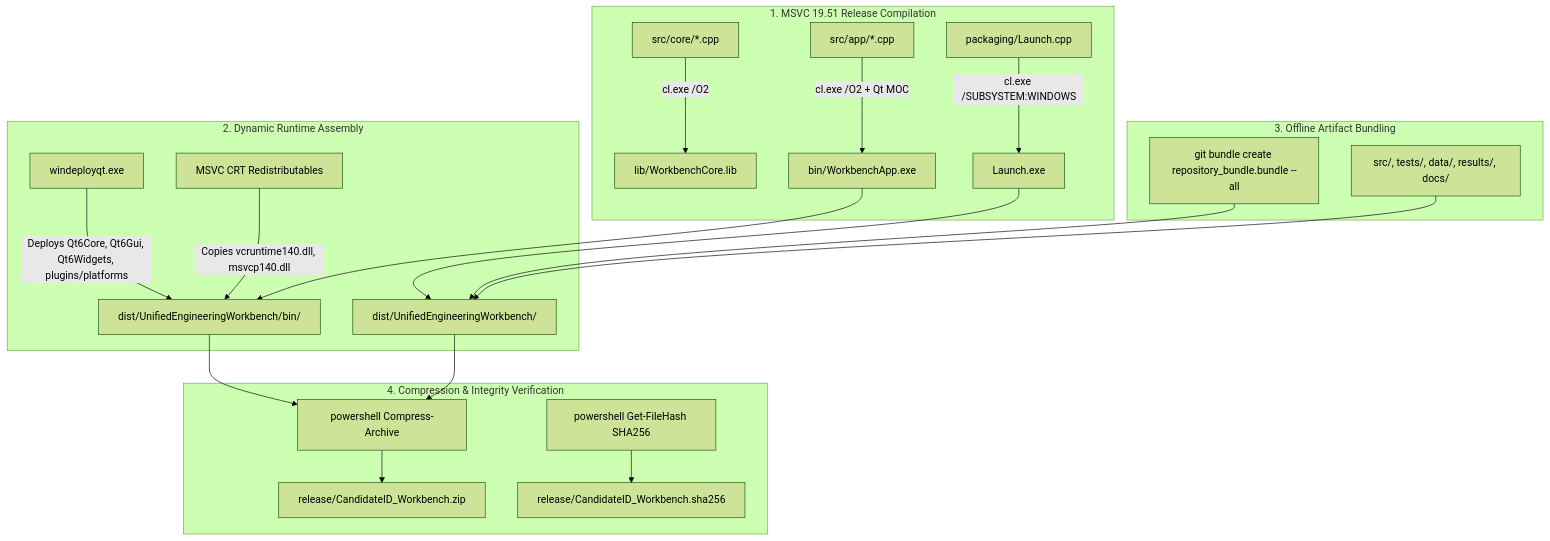
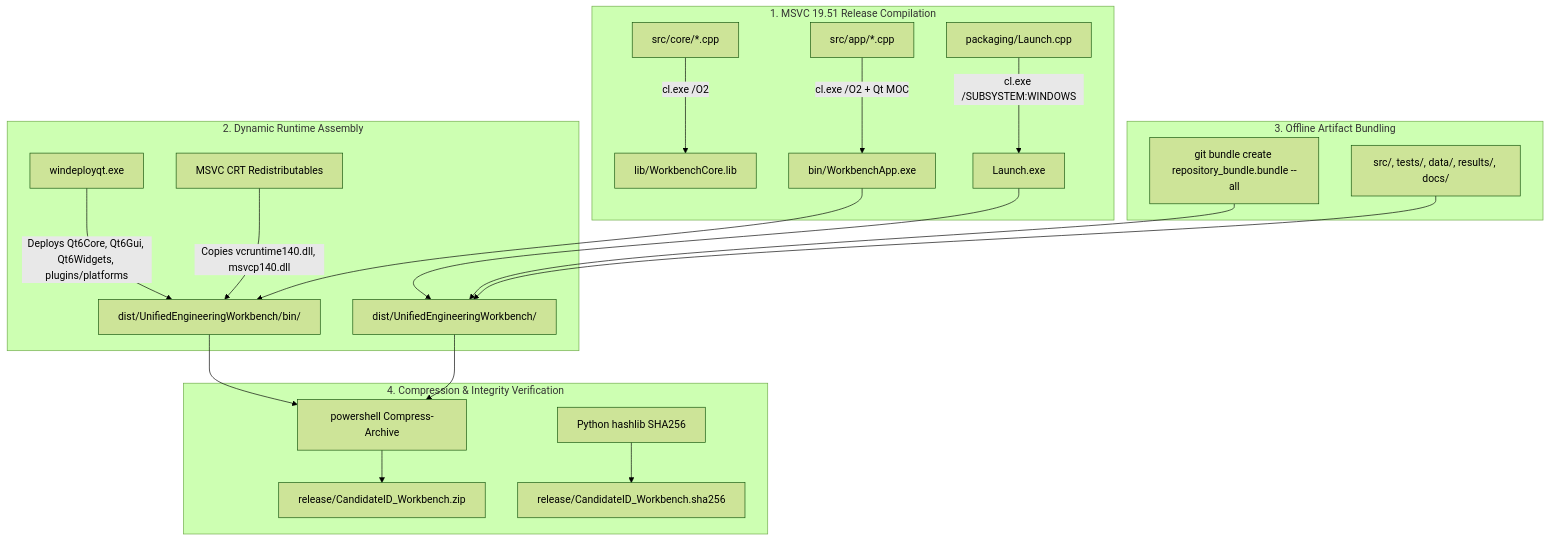
The diagram in docs/RELEASE_AND_LIMITATIONS.md (kulharshit21/unified-engineering-workbench), drawn with Mermaid (forest theme) before and after one commit.

Commit message:
docs(release): reflect Python-backed checksum generation

````diff
--- a/docs/RELEASE_AND_LIMITATIONS.md
+++ b/docs/RELEASE_AND_LIMITATIONS.md
@@ -7,28 +7,28 @@
 ```mermaid
 graph TD
     subgraph Compilation ["1. MSVC 19.51 Release Compilation"]
         CORE_SRC["src/core/*.cpp"] -->|cl.exe /O2| CORE_LIB["lib/WorkbenchCore.lib"]
         APP_SRC["src/app/*.cpp"] -->|cl.exe /O2 + Qt MOC| APP_EXE["bin/WorkbenchApp.exe"]
         LAUNCH_SRC["packaging/Launch.cpp"] -->|cl.exe /SUBSYSTEM:WINDOWS| LAUNCH_EXE["Launch.exe"]
     end
 
     subgraph DependencyDeployment ["2. Dynamic Runtime Assembly"]
         WINDEP["windeployqt.exe"] -->|Deploys Qt6Core, Qt6Gui, Qt6Widgets, plugins/platforms| BIN_DIR["dist/UnifiedEngineeringWorkbench/bin/"]
         CRT["MSVC CRT Redistributables"] -->|Copies vcruntime140.dll, msvcp140.dll| BIN_DIR
         APP_EXE --> BIN_DIR
         LAUNCH_EXE --> DIST_ROOT["dist/UnifiedEngineeringWorkbench/"]
     end
 
     subgraph BundleAssembly ["3. Offline Artifact Bundling"]
         GIT["git bundle create repository_bundle.bundle --all"] --> DIST_ROOT
         SRC_TREE["src/, tests/, data/, results/, docs/"] --> DIST_ROOT
     end
 
     subgraph Packaging ["4. Compression & Integrity Verification"]
         ZIP["powershell Compress-Archive"] --> REL_ZIP["release/CandidateID_Workbench.zip"]
-        HASH["powershell Get-FileHash SHA256"] --> REL_HASH["release/CandidateID_Workbench.sha256"]
+        HASH["Python hashlib SHA256"] --> REL_HASH["release/CandidateID_Workbench.sha256"]
     end
 
     BIN_DIR --> ZIP
     DIST_ROOT --> ZIP
 ```
````
